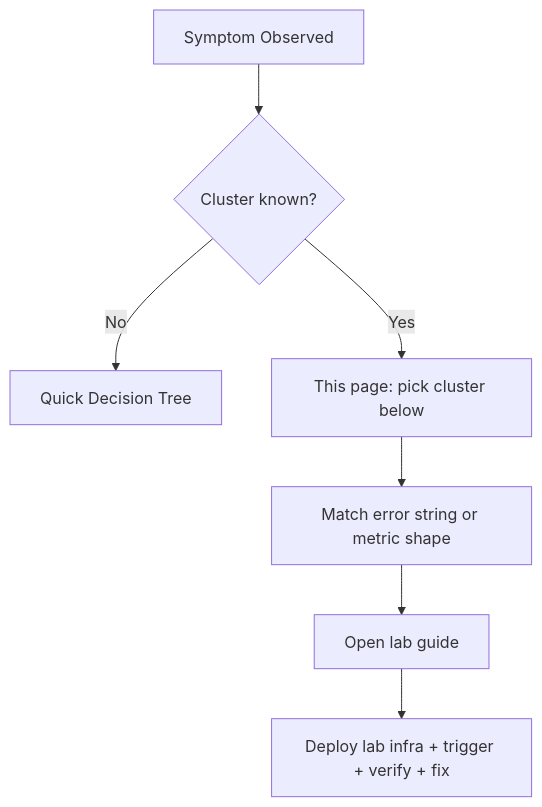
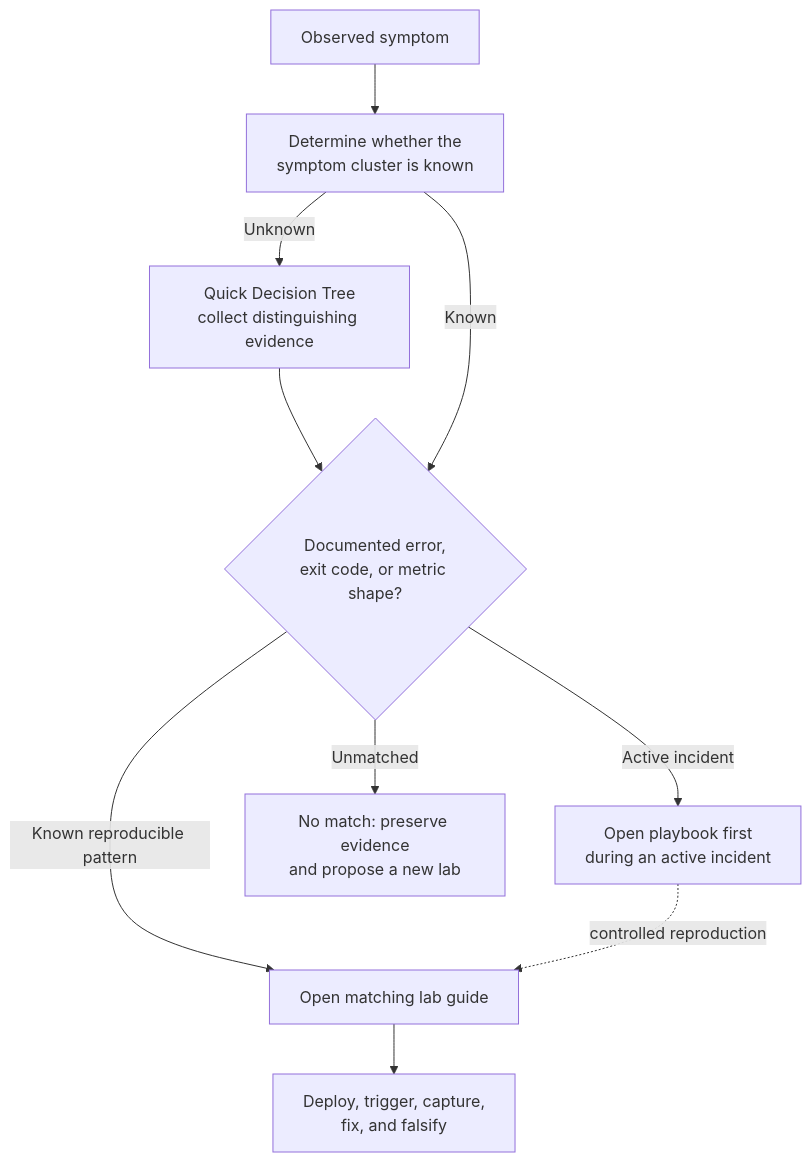
The diagram in docs/troubleshooting/lab-finder.md (yeongseon/azure-container-apps-practical-guide), drawn with Mermaid before and after one commit. The commit also changed other lines of this file and 13 other files, not shown here.

Commit message:
docs(diagrams): migrate the Container Apps troubleshooting overview diagrams (#616)

````diff
--- a/docs/troubleshooting/lab-finder.md
+++ b/docs/troubleshooting/lab-finder.md
@@ -51,9 +63,21 @@
 ```mermaid
 flowchart TD
-    A[Symptom Observed] --> B{Cluster known?}
-    B -->|No| C[Quick Decision Tree]
-    B -->|Yes| D[This page: pick cluster below]
-    D --> E[Match error string or metric shape]
-    E --> F[Open lab guide]
-    F --> G[Deploy lab infra + trigger + verify + fix]
+    SYMPTOM[Observed symptom]
+    CLUSTER[Determine whether the<br/>symptom cluster is known]
+    TRIAGE[Quick Decision Tree<br/>collect distinguishing evidence]
+    SIGNAL{Documented error,<br/>exit code, or metric shape?}
+    PLAYBOOK[Open playbook first<br/>during an active incident]
+    LAB[Open matching lab guide]
+    EXPERIMENT[Deploy, trigger, capture,<br/>fix, and falsify]
+    NOVEL[No match: preserve evidence<br/>and propose a new lab]
+
+    SYMPTOM --> CLUSTER
+    CLUSTER -->|Unknown| TRIAGE
+    TRIAGE --> SIGNAL
+    CLUSTER -->|Known| SIGNAL
+    SIGNAL -->|Active incident| PLAYBOOK
+    SIGNAL -->|Known reproducible pattern| LAB
+    SIGNAL -->|Unmatched| NOVEL
+    PLAYBOOK -. controlled reproduction .-> LAB
+    LAB --> EXPERIMENT
 ```
````
